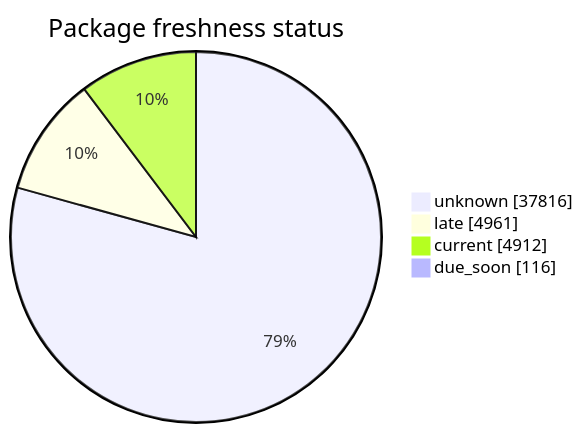
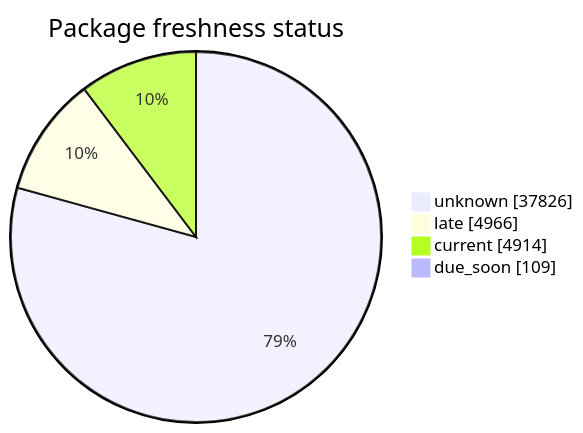
Before and after one commit to open-data/analytics-corporate-reporting: the second of 5 diagrams in FreshCheck/README.md, drawn with Mermaid. The commit also changed other lines of this file and 3 other files, not shown here.

````diff
--- a/FreshCheck/README.md
+++ b/FreshCheck/README.md
@@ -68,7 +68,7 @@
 ```mermaid
 pie showData title Package freshness status
-    "unknown": 37816
-    "late": 4961
-    "current": 4912
-    "due_soon": 116
+    "unknown": 37826
+    "late": 4966
+    "current": 4914
+    "due_soon": 109
 ```
````
